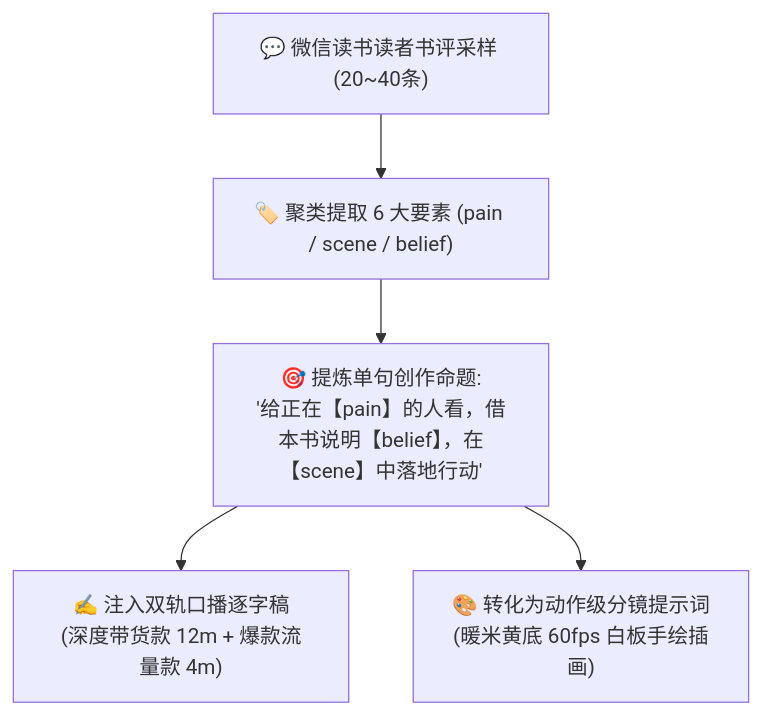
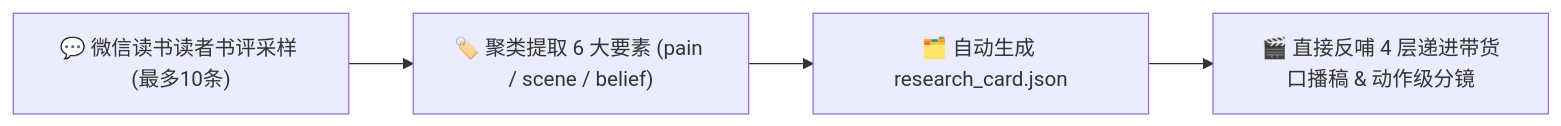
One commit to wsuming97/tushu changed the diagram in copywriting-library/frameworks/weread_reader_insights.md. Above: the diagram before and after it, drawn with Mermaid. The commit also changed other lines of this file and 167 other files, not shown here.

````diff
--- a/copywriting-library/frameworks/weread_reader_insights.md
+++ b/copywriting-library/frameworks/weread_reader_insights.md
@@ -25,7 +22,6 @@
 ```mermaid
-graph TD
-    A["💬 微信读书读者书评采样 (20~40条)"] --> B["🏷️ 聚类提取 6 大要素 (pain / scene / belief)"]
-    B --> C["🎯 提炼单句创作命题:<br/>'给正在【pain】的人看，借本书说明【belief】，在【scene】中落地行动'"]
-    C --> D["✍️ 注入双轨口播逐字稿<br/>(深度带货款 12m + 爆款流量款 4m)"]
-    C --> E["🎨 转化为动作级分镜提示词<br/>(暖米黄底 60fps 白板手绘插画)"]
+graph LR
+    A["💬 微信读书读者书评采样 (最多10条)"] --> B["🏷️ 聚类提取 6 大要素 (pain / scene / belief)"]
+    B --> C["🗂️ 自动生成 research_card.json"]
+    C --> D["🎬 直接反哺 4 层递进带货口播稿 & 动作级分镜"]
 ```
````
